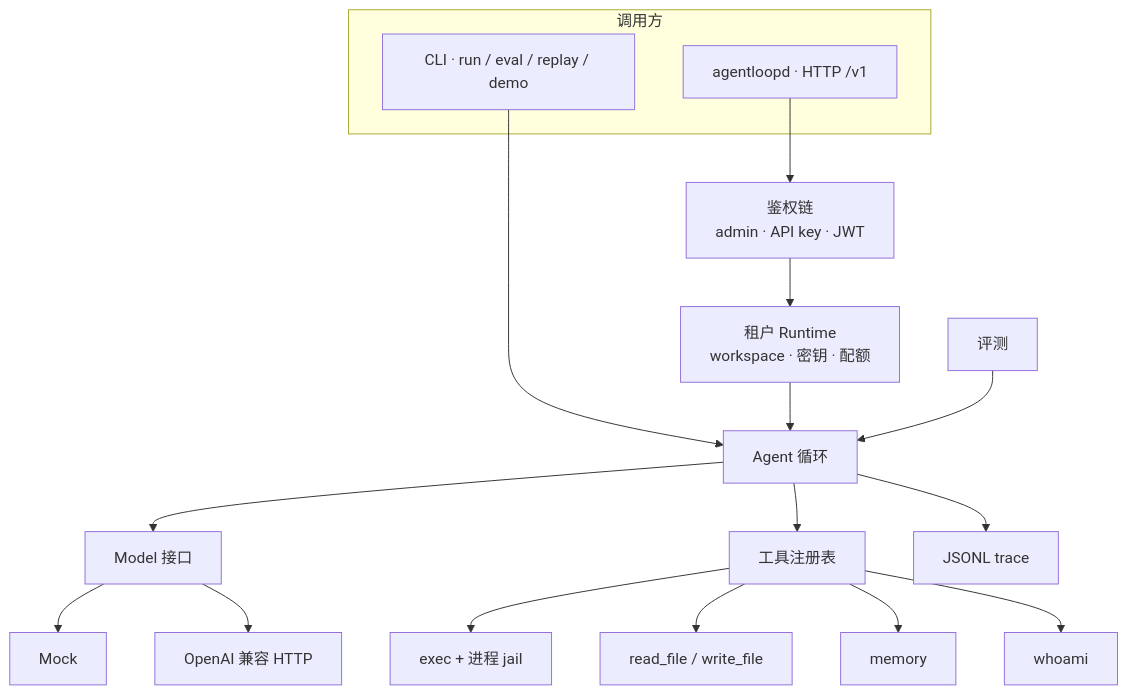
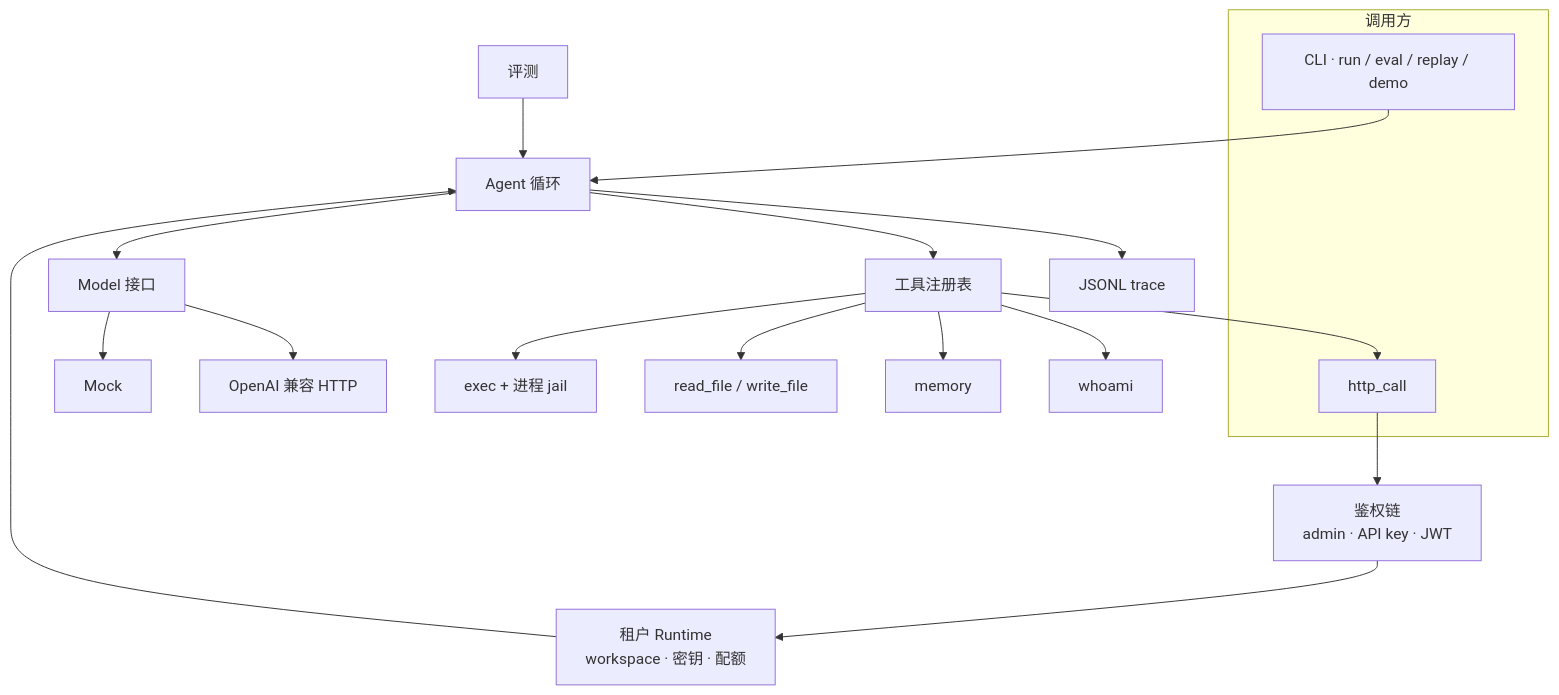
Before and after one commit to YaoLang/agentloop: the diagram in README.zh-CN.md, drawn with Mermaid. The commit also changed other lines of this file and 8 other files, not shown here.

First line of the commit message:
Add http_call: one catalog-driven outbound HTTP tool

````diff
--- a/README.zh-CN.md
+++ b/README.zh-CN.md
@@ -28,21 +28,22 @@
 ```mermaid
 flowchart TB
   subgraph clients [调用方]
     CLI["CLI · run / eval / replay / demo"]
     HTTP["agentloopd · HTTP /v1"]
   end
   HTTP --> Auth["鉴权链<br/>admin · API key · JWT"]
   Auth --> Tenant["租户 Runtime<br/>workspace · 密钥 · 配额"]
   CLI --> Loop[Agent 循环]
   Tenant --> Loop
   Loop --> Model[Model 接口]
   Model --> Mock[Mock]
   Model --> OAI[OpenAI 兼容 HTTP]
   Loop --> Reg[工具注册表]
   Reg --> Exec["exec + 进程 jail"]
   Reg --> Files["read_file / write_file"]
   Reg --> Mem[memory]
   Reg --> Who[whoami]
+  Reg --> HTTP[http_call]
   Loop --> Trace[JSONL trace]
   Eval[评测] --> Loop
 ```
````
